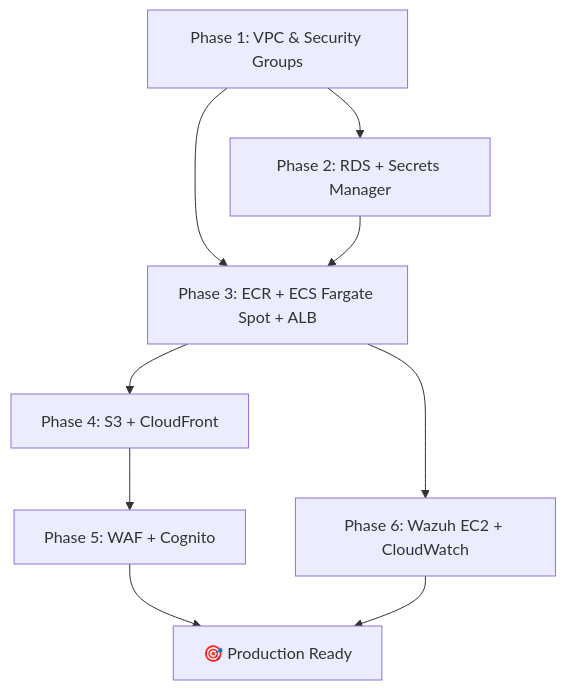
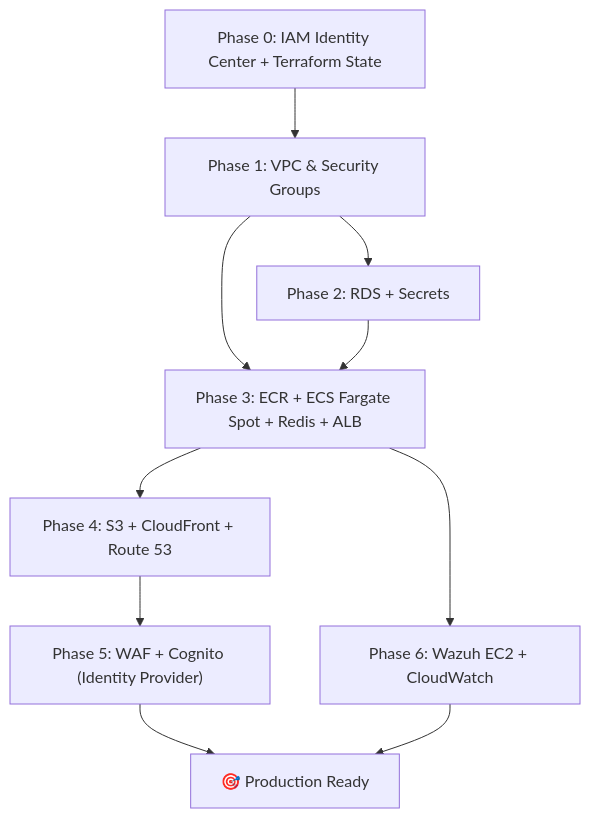
One commit to VanThinh512/SaaS-HR-Multi-tenant changed the diagram in implementation_plan.md. Above: the diagram before and after it, drawn with Mermaid. The commit also changed other lines of this file and 4 other files, not shown here.

Commit message:
final architect

````diff
--- a/implementation_plan.md
+++ b/implementation_plan.md
@@ -317,11 +408,12 @@
 ```mermaid
 graph TD
-    P1["Phase 1: VPC & Security Groups"] --> P2["Phase 2: RDS + Secrets Manager"]
-    P1 --> P3["Phase 3: ECR + ECS Fargate Spot + ALB"]
+    P0["Phase 0: IAM Identity Center + Terraform State"] --> P1["Phase 1: VPC & Security Groups"]
+    P1 --> P2["Phase 2: RDS + Secrets"]
+    P1 --> P3["Phase 3: ECR + ECS Fargate Spot + Redis + ALB"]
     P2 --> P3
-    P3 --> P4["Phase 4: S3 + CloudFront"]
-    P4 --> P5["Phase 5: WAF + Cognito"]
+    P3 --> P4["Phase 4: S3 + CloudFront + Route 53"]
+    P4 --> P5["Phase 5: WAF + Cognito (Identity Provider)"]
     P3 --> P6["Phase 6: Wazuh EC2 + CloudWatch"]
     P5 --> P7["🎯 Production Ready"]
     P6 --> P7
 ```
````
